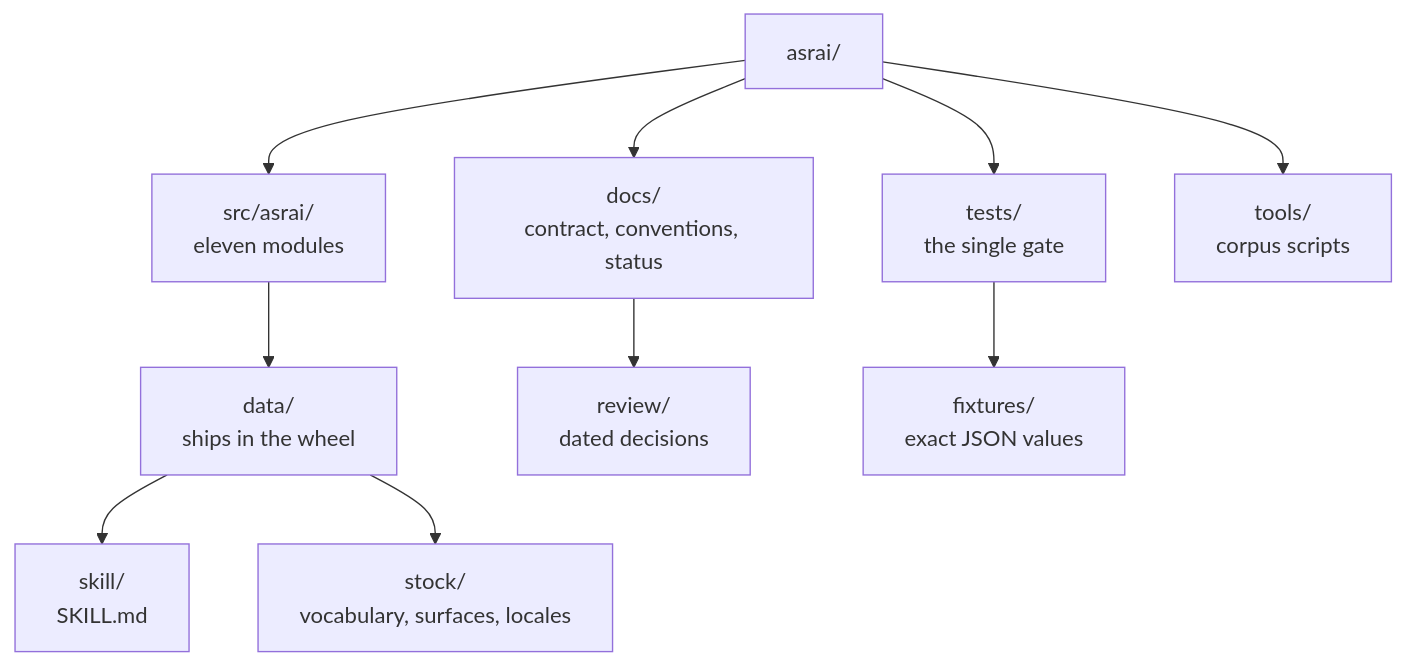
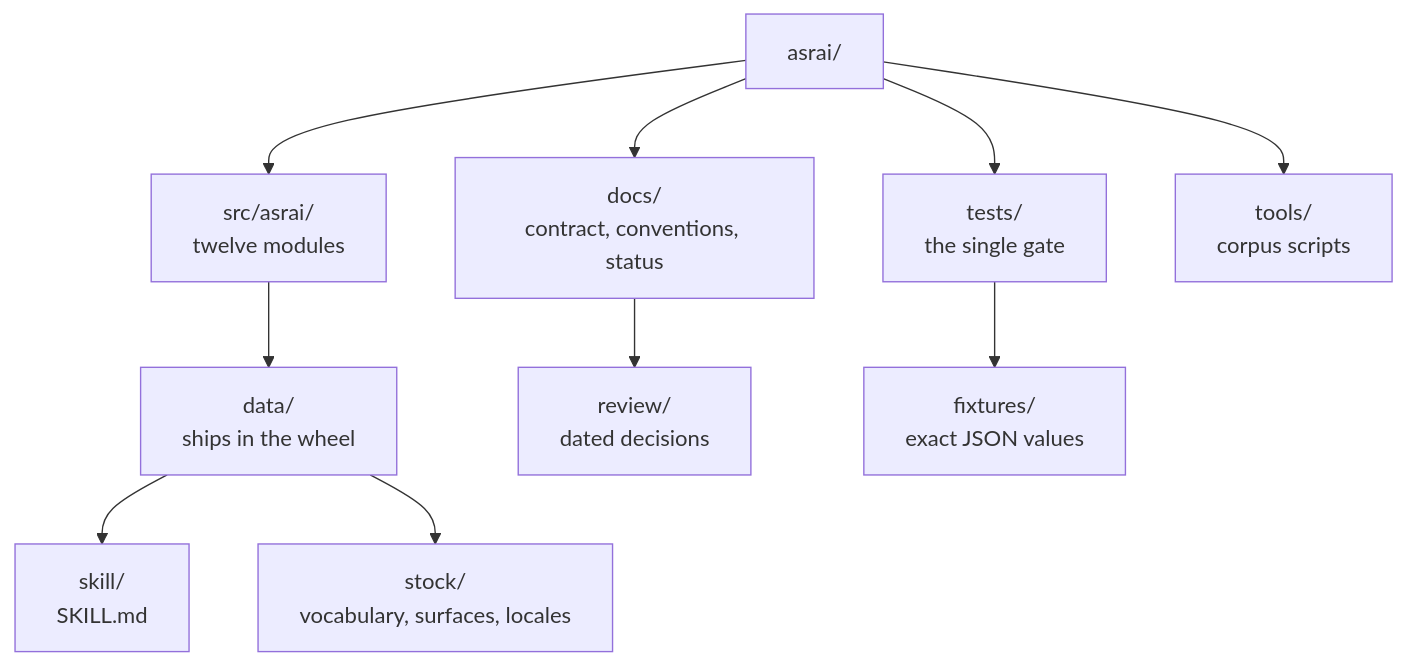
The diagram in README.md (Stdev17/asrai), drawn with Mermaid before and after one commit. The commit also changed other lines of this file and 15 other files, not shown here.

````diff
--- a/README.md
+++ b/README.md
@@ -74,8 +74,8 @@
 ```mermaid
 flowchart TD
-    ROOT["asrai/"] --> SRC["src/asrai/<br/>eleven modules"] & DOCS["docs/<br/>contract, conventions, status"] & TESTS["tests/<br/>the single gate"] & TOOLS["tools/<br/>corpus scripts"]
+    ROOT["asrai/"] --> SRC["src/asrai/<br/>twelve modules"] & DOCS["docs/<br/>contract, conventions, status"] & TESTS["tests/<br/>the single gate"] & TOOLS["tools/<br/>corpus scripts"]
     SRC --> DATA["data/<br/>ships in the wheel"]
     DATA --> SKILL["skill/<br/>SKILL.md"] & STOCK["stock/<br/>vocabulary, surfaces, locales"]
     DOCS --> REVIEW["review/<br/>dated decisions"]
     TESTS --> FIX["fixtures/<br/>exact JSON values"]
 ```
````
